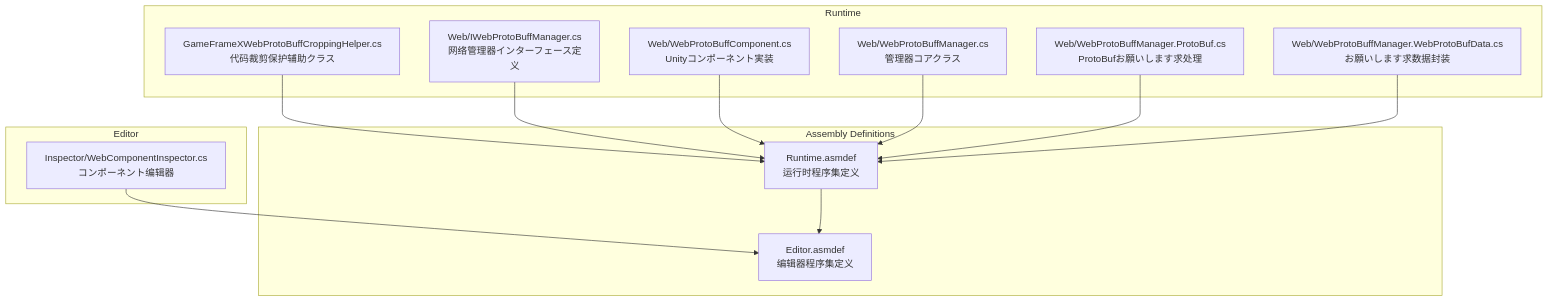
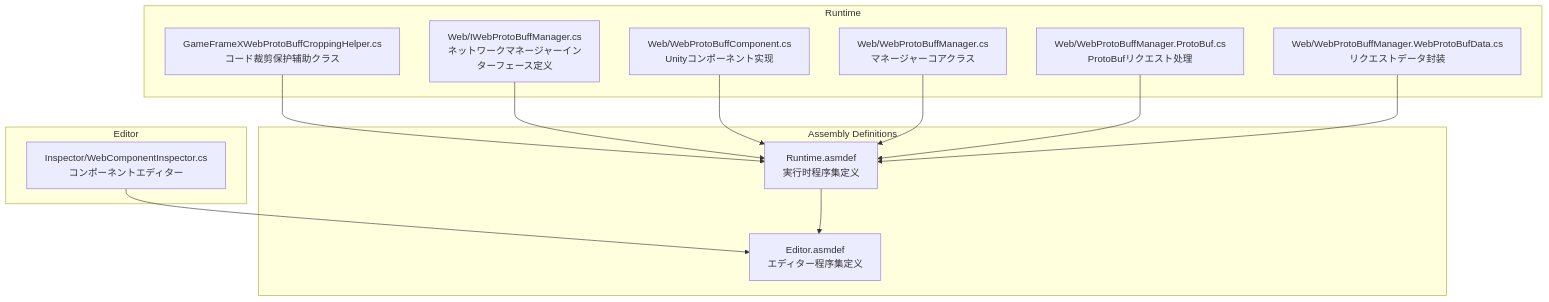
Before and after one commit to AlianBlank/GameFrameX.Docs: the second of 4 diagrams in docs/ja/client/unity/component/web-protobuff/01.overview.md, drawn with Mermaid. The commit also changed other lines of this file and 320 other files, not shown here.

````diff
--- a/docs/ja/client/unity/component/web-protobuff/01.overview.md
+++ b/docs/ja/client/unity/component/web-protobuff/01.overview.md
@@ -84,29 +84,29 @@
 ```mermaid
 graph TD
     subgraph Runtime["Runtime"]
-        A[GameFrameXWebProtoBuffCroppingHelper.cs<br/>代码裁剪保护辅助クラス]
-        B[Web/IWebProtoBuffManager.cs<br/>网络管理器インターフェース定义]
-        C[Web/WebProtoBuffComponent.cs<br/>Unityコンポーネント実装]
-        D[Web/WebProtoBuffManager.cs<br/>管理器コアクラス]
-        E[Web/WebProtoBuffManager.ProtoBuf.cs<br/>ProtoBufお願いします求处理]
-        F[Web/WebProtoBuffManager.WebProtoBufData.cs<br/>お願いします求数据封装]
+        A[GameFrameXWebProtoBuffCroppingHelper.cs<br/>コード裁剪保护辅助クラス]
+        B[Web/IWebProtoBuffManager.cs<br/>ネットワークマネージャーインターフェース定义]
+        C[Web/WebProtoBuffComponent.cs<br/>Unityコンポーネント实现]
+        D[Web/WebProtoBuffManager.cs<br/>マネージャーコアクラス]
+        E[Web/WebProtoBuffManager.ProtoBuf.cs<br/>ProtoBufリクエスト处理]
+        F[Web/WebProtoBuffManager.WebProtoBufData.cs<br/>リクエストデータ封装]
     end
 
     subgraph Editor["Editor"]
-        G[Inspector/WebComponentInspector.cs<br/>コンポーネント编辑器]
+        G[Inspector/WebComponentInspector.cs<br/>コンポーネントエディター]
     end
 
     subgraph Defs["Assembly Definitions"]
-        H[Runtime.asmdef<br/>运行时程序集定义]
-        I[Editor.asmdef<br/>编辑器程序集定义]
+        H[Runtime.asmdef<br/>実行时程序集定义]
+        I[Editor.asmdef<br/>エディター程序集定义]
     end
 
     A --> H
     B --> H
     C --> H
     D --> H
     E --> H
     F --> H
     G --> I
     H --> I
 ```
````
